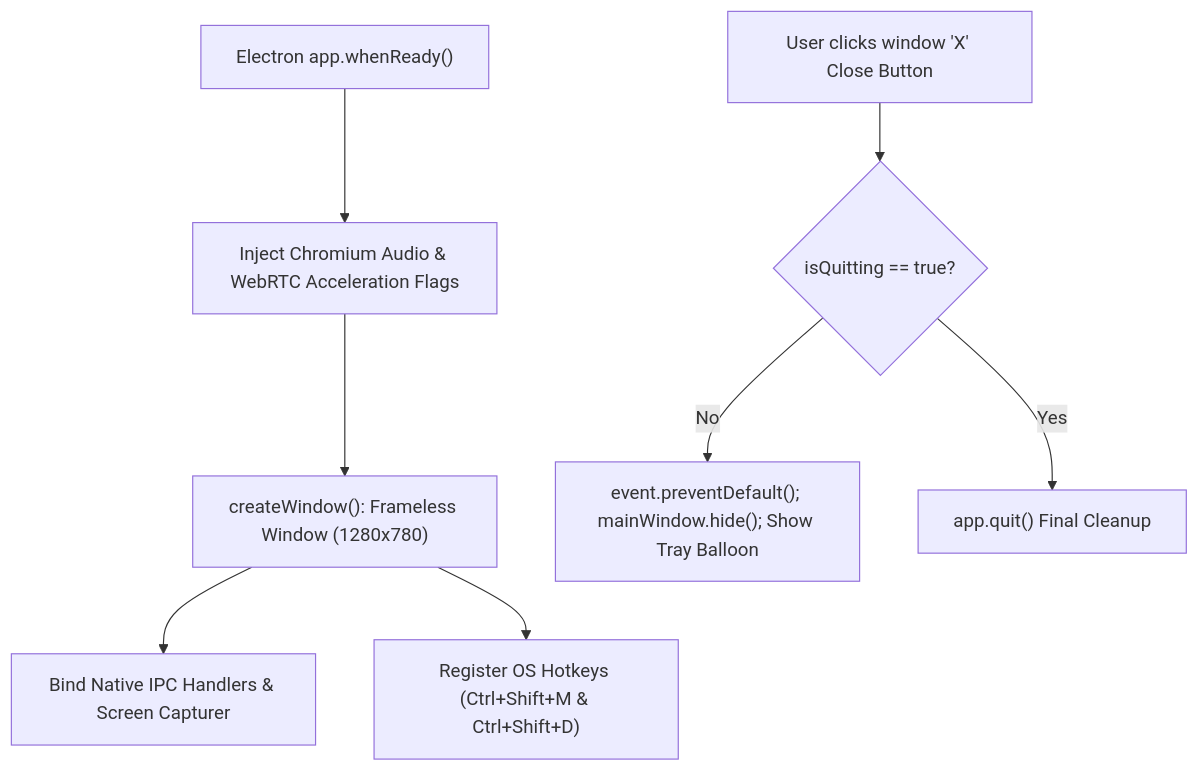
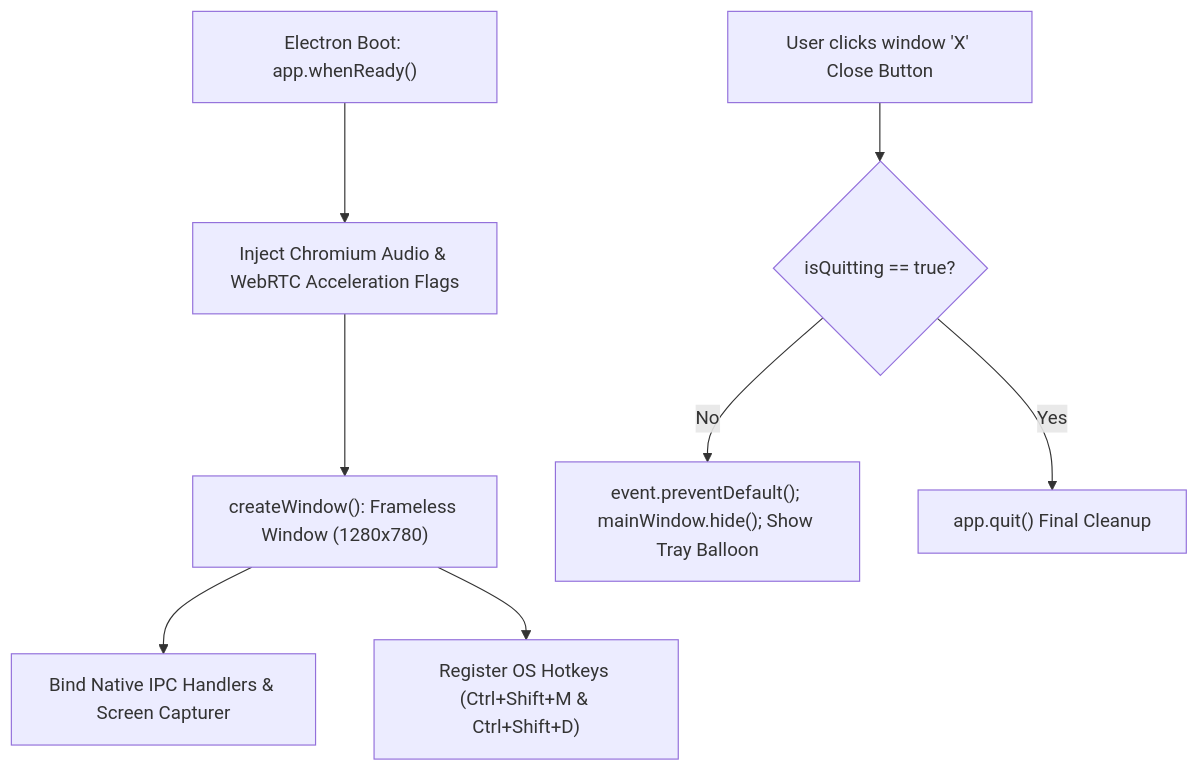
The diagram in docs/code/protutechchat/main-cjs.md (IAndrexI/documentation), drawn with Mermaid before and after one commit. The commit also changed other lines of this file and 40 other files, not shown here.

Commit message:
feat: hide git stars/branches, collapse subcategories until tab selected, add high-res architecture SVG, auto-update script, basic monochrome glyphs, and line-by-line recreation blueprints with summaries

````diff
--- a/docs/code/protutechchat/main-cjs.md
+++ b/docs/code/protutechchat/main-cjs.md
@@ -25,11 +32,11 @@
-```mermaid
-graph TD
-    AppLaunch["Electron app.whenReady()"] --> SetFlags["Inject Chromium Audio & WebRTC Acceleration Flags"]
-    SetFlags --> MakeWindow["createWindow(): Frameless Window (1280x780)"]
-    MakeWindow --> BindIPC["Bind Native IPC Handlers & Screen Capturer"]
-    MakeWindow --> GlobalKeys["Register OS Hotkeys (Ctrl+Shift+M & Ctrl+Shift+D)"]
+    ```mermaid
+    graph TD
+        AppLaunch["Electron Boot: app.whenReady()"] --> SetFlags["Inject Chromium Audio & WebRTC Acceleration Flags"]
+        SetFlags --> MakeWindow["createWindow(): Frameless Window (1280x780)"]
+        MakeWindow --> BindIPC["Bind Native IPC Handlers & Screen Capturer"]
+        MakeWindow --> GlobalKeys["Register OS Hotkeys (Ctrl+Shift+M & Ctrl+Shift+D)"]
 
-    CloseEvent["User clicks window 'X' Close Button"] --> CheckQuitting{"isQuitting == true?"}
-    CheckQuitting -->|No| HideToTray["event.preventDefault(); mainWindow.hide(); Show Tray Balloon"]
-    CheckQuitting -->|Yes| AppQuit["app.quit() Final Cleanup"]
-```
+        CloseEvent["User clicks window 'X' Close Button"] --> CheckQuitting{"isQuitting == true?"}
+        CheckQuitting -->|No| HideToTray["event.preventDefault(); mainWindow.hide(); Show Tray Balloon"]
+        CheckQuitting -->|Yes| AppQuit["app.quit() Final Cleanup"]
+    ```
````
